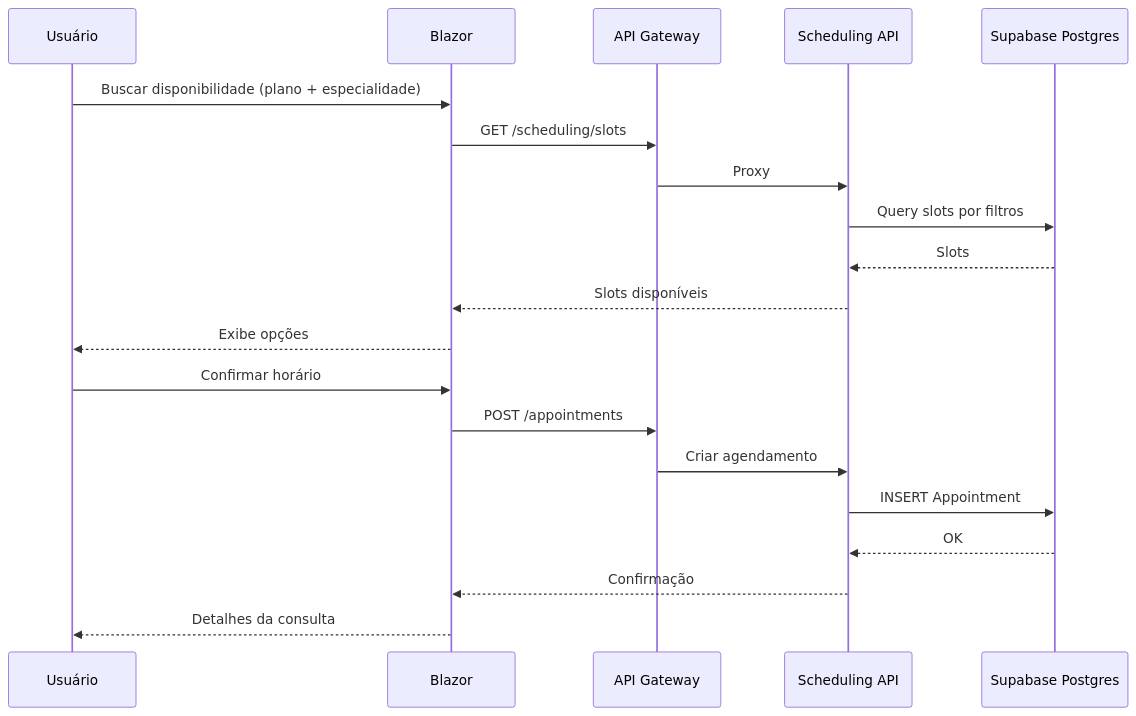
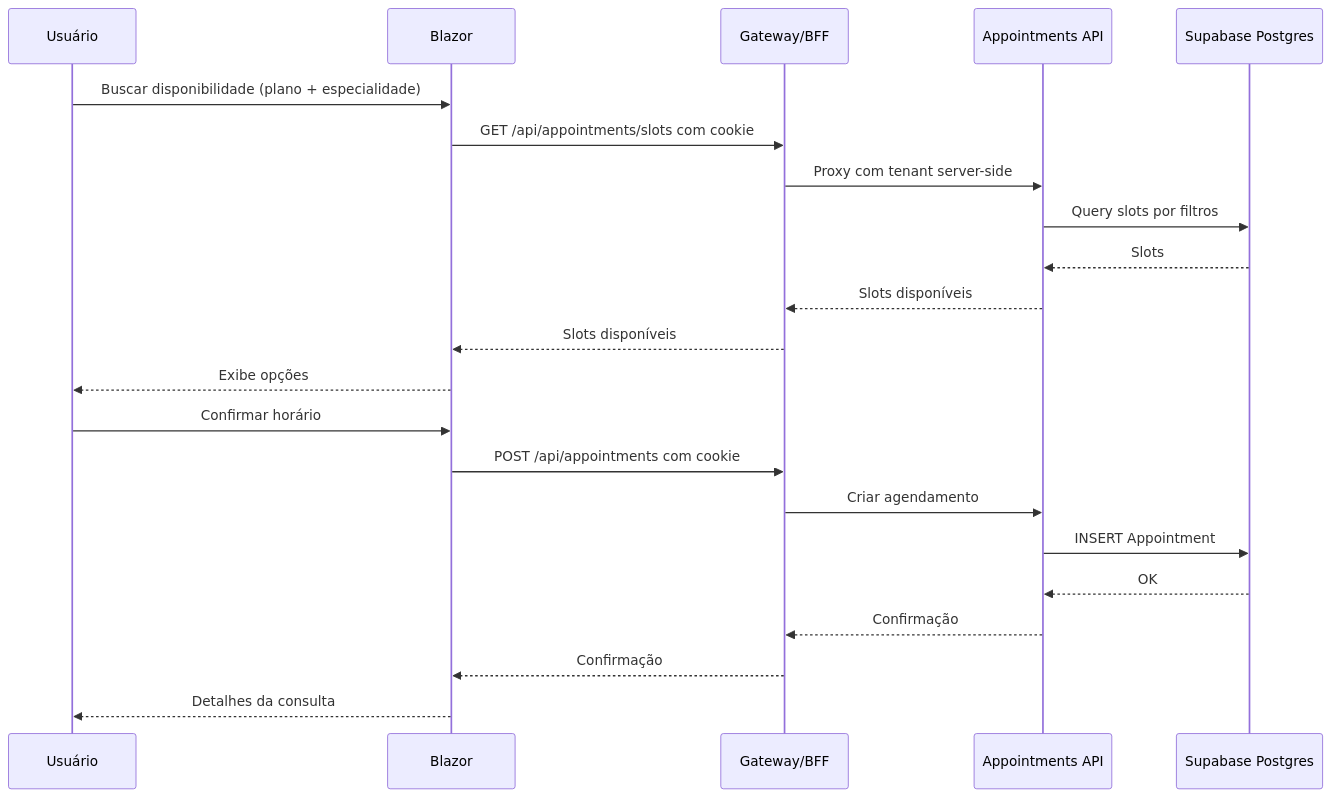
The second of 5 diagrams in README.md (coutinhogui/HealthTech), drawn with Mermaid before and after one commit. The commit also changed other lines of this file and 80 other files, not shown here.

````diff
--- a/README.md
+++ b/README.md
@@ -134,23 +134,25 @@
 ```mermaid
 sequenceDiagram
   participant U as Usuário
   participant F as Blazor
-  participant G as API Gateway
-  participant S as Scheduling API
+  participant G as Gateway/BFF
+  participant S as Appointments API
   participant DB as Supabase Postgres
 
   U->>F: Buscar disponibilidade (plano + especialidade)
-  F->>G: GET /scheduling/slots
-  G->>S: Proxy
+  F->>G: GET /api/appointments/slots com cookie
+  G->>S: Proxy com tenant server-side
   S->>DB: Query slots por filtros
   DB-->>S: Slots
-  S-->>F: Slots disponíveis
+  S-->>G: Slots disponíveis
+  G-->>F: Slots disponíveis
   F-->>U: Exibe opções
   U->>F: Confirmar horário
-  F->>G: POST /appointments
+  F->>G: POST /api/appointments com cookie
   G->>S: Criar agendamento
   S->>DB: INSERT Appointment
   DB-->>S: OK
-  S-->>F: Confirmação
+  S-->>G: Confirmação
+  G-->>F: Confirmação
   F-->>U: Detalhes da consulta
 ```
````
